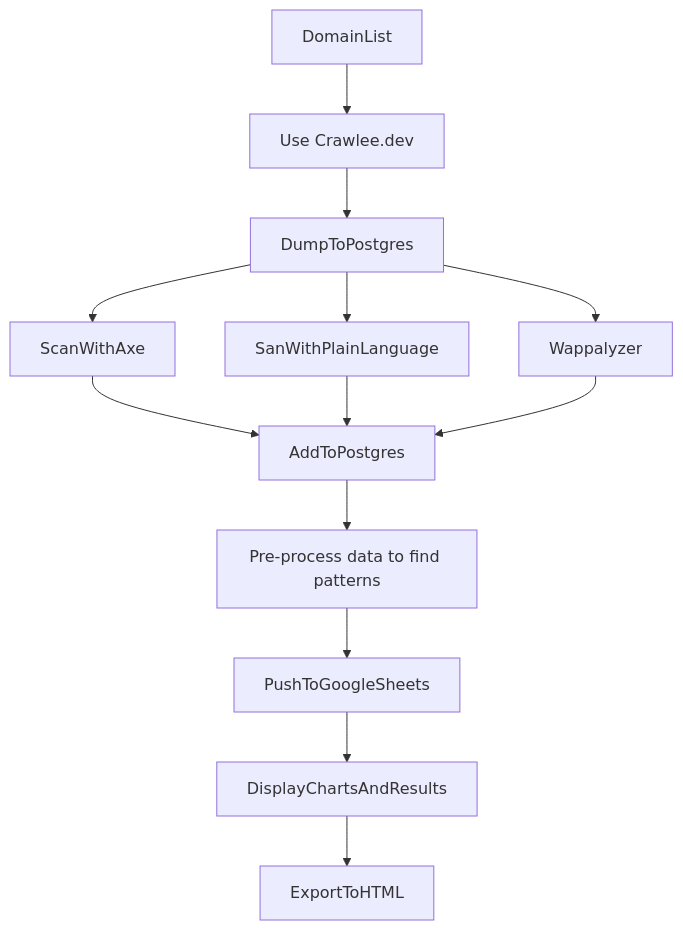
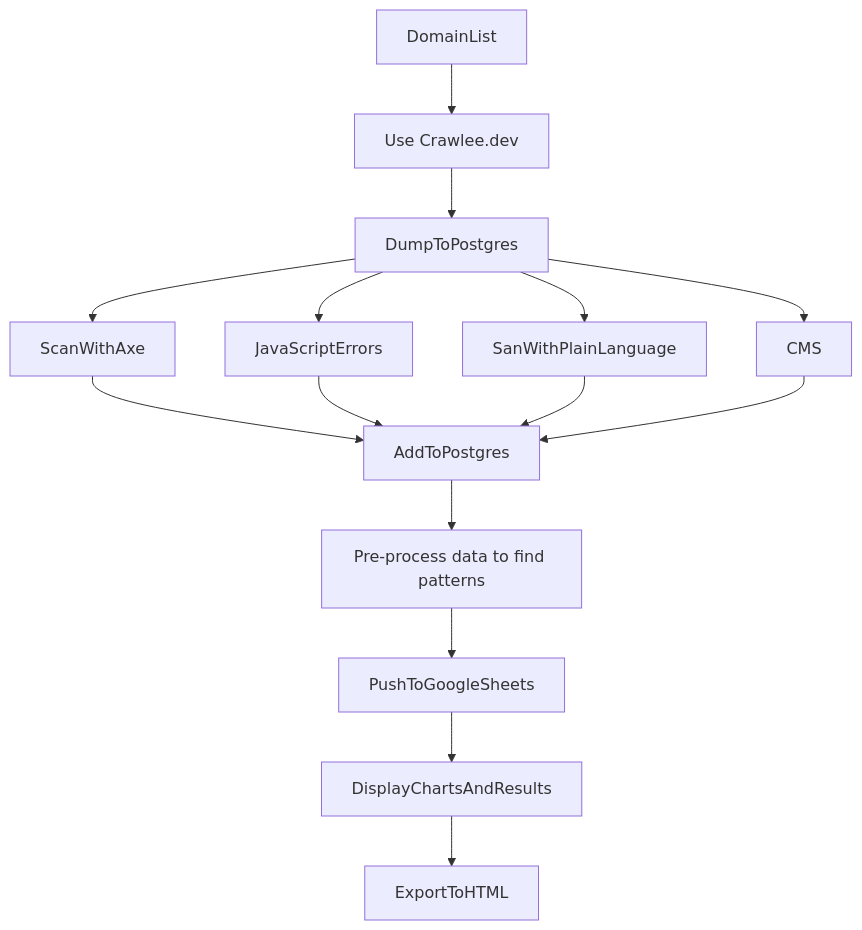
The first of 2 diagrams in a11y-data-crawls.md (mgifford/mermaid-graphs), drawn with Mermaid before and after one commit.

Commit message:
Adding search for broken

````diff
--- a/a11y-data-crawls.md
+++ b/a11y-data-crawls.md
@@ -5,15 +5,17 @@
 ```mermaid
 graph TD
     DomainList-->Crawl4URLs;
     Crawl4URLs[Use Crawlee.dev]-->DumpToPostgres;
     DumpToPostgres-->ScanWithAxe;
     DumpToPostgres-->SanWithPlainLanguage;
-    DumpToPostgres--> Wappalyzer;
+    DumpToPostgres--> Wappalyzer[CMS];
+    DumpToPostgres--> JavaScriptErrors;
     ScanWithAxe-->AddToPostgres;
+    JavaScriptErrors-->AddToPostgres;
     SanWithPlainLanguage-->AddToPostgres;
     Wappalyzer-->AddToPostgres;
     AddToPostgres-->AggregateData["Pre-process data to find patterns"]
     AggregateData-->PushToGoogleSheets;
     PushToGoogleSheets-->DisplayChartsAndResults;
     DisplayChartsAndResults-->ExportToHTML;
 ```
````
